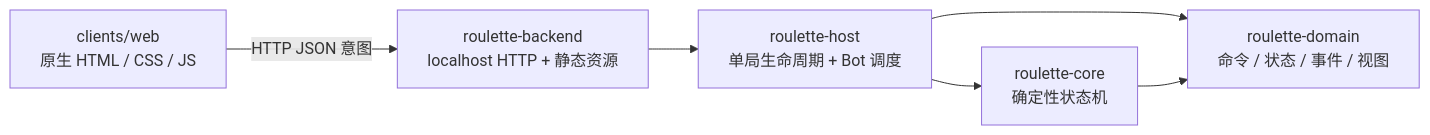
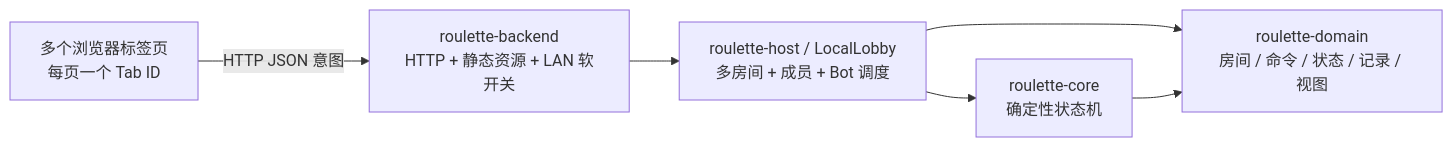
One commit to AKIMOTOkaya/russia_roulette changed the diagram in docs/architecture/local-web-mvp-design.md. Above: the diagram before and after it, drawn with Mermaid. The commit also changed other lines of this file and 13 other files, not shown here.

Commit message:
feat: add multi-tab local room lobby

````diff
--- a/docs/architecture/local-web-mvp-design.md
+++ b/docs/architecture/local-web-mvp-design.md
@@ -7,14 +7,14 @@
 ```mermaid
 flowchart LR
-    Browser["clients/web<br/>原生 HTML / CSS / JS"]
-    Backend["roulette-backend<br/>localhost HTTP + 静态资源"]
-    Host["roulette-host<br/>单局生命周期 + Bot 调度"]
+    Tabs["多个浏览器标签页<br/>每页一个 Tab ID"]
+    Backend["roulette-backend<br/>HTTP + 静态资源 + LAN 软开关"]
+    Lobby["roulette-host / LocalLobby<br/>多房间 + 成员 + Bot 调度"]
     Core["roulette-core<br/>确定性状态机"]
-    Domain["roulette-domain<br/>命令 / 状态 / 事件 / 视图"]
+    Domain["roulette-domain<br/>房间 / 命令 / 状态 / 记录 / 视图"]
 
-    Browser -->|"HTTP JSON 意图"| Backend
-    Backend --> Host
-    Host --> Core
-    Host --> Domain
+    Tabs -->|"HTTP JSON 意图"| Backend
+    Backend --> Lobby
+    Lobby --> Core
+    Lobby --> Domain
     Core --> Domain
 ```
````
